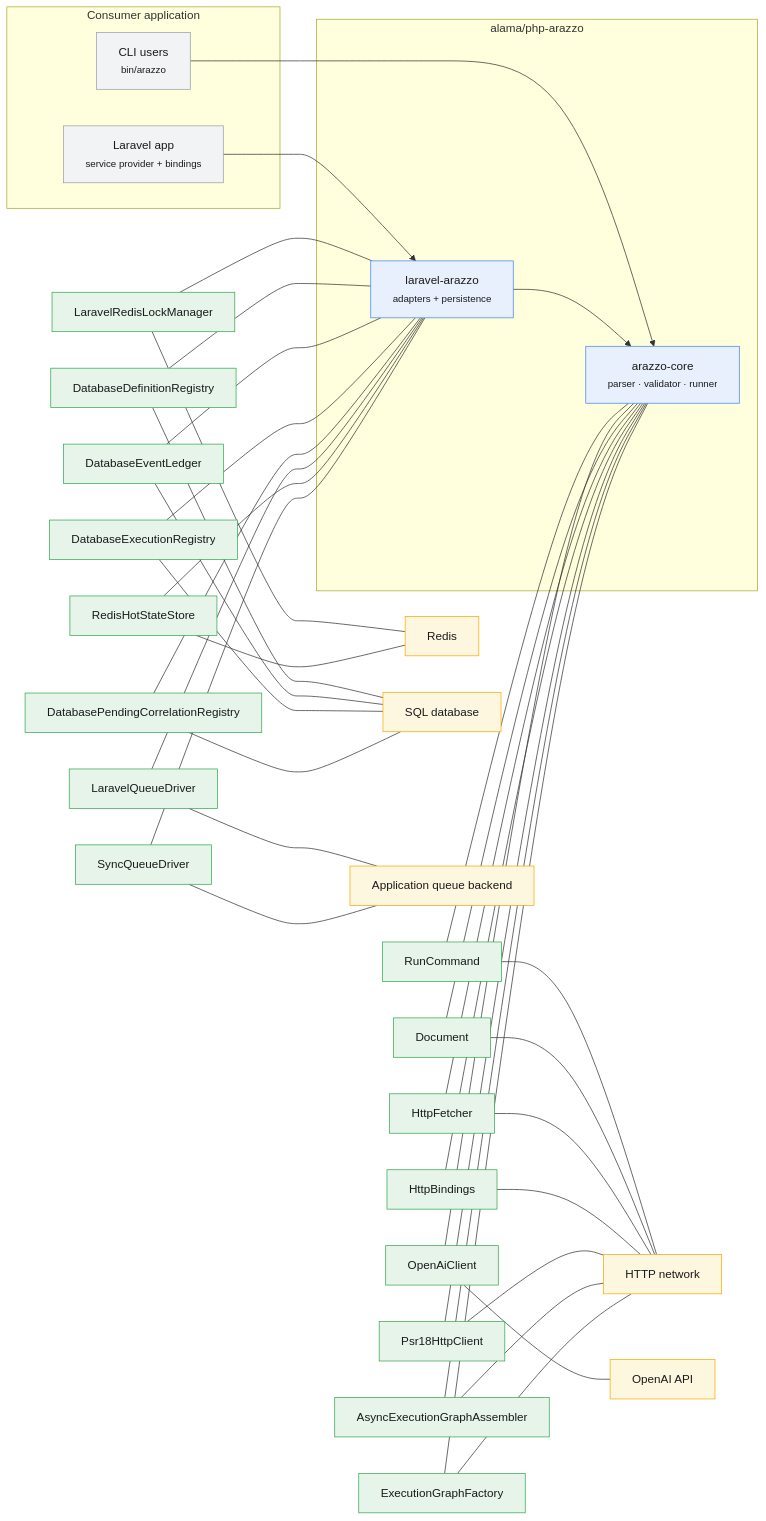
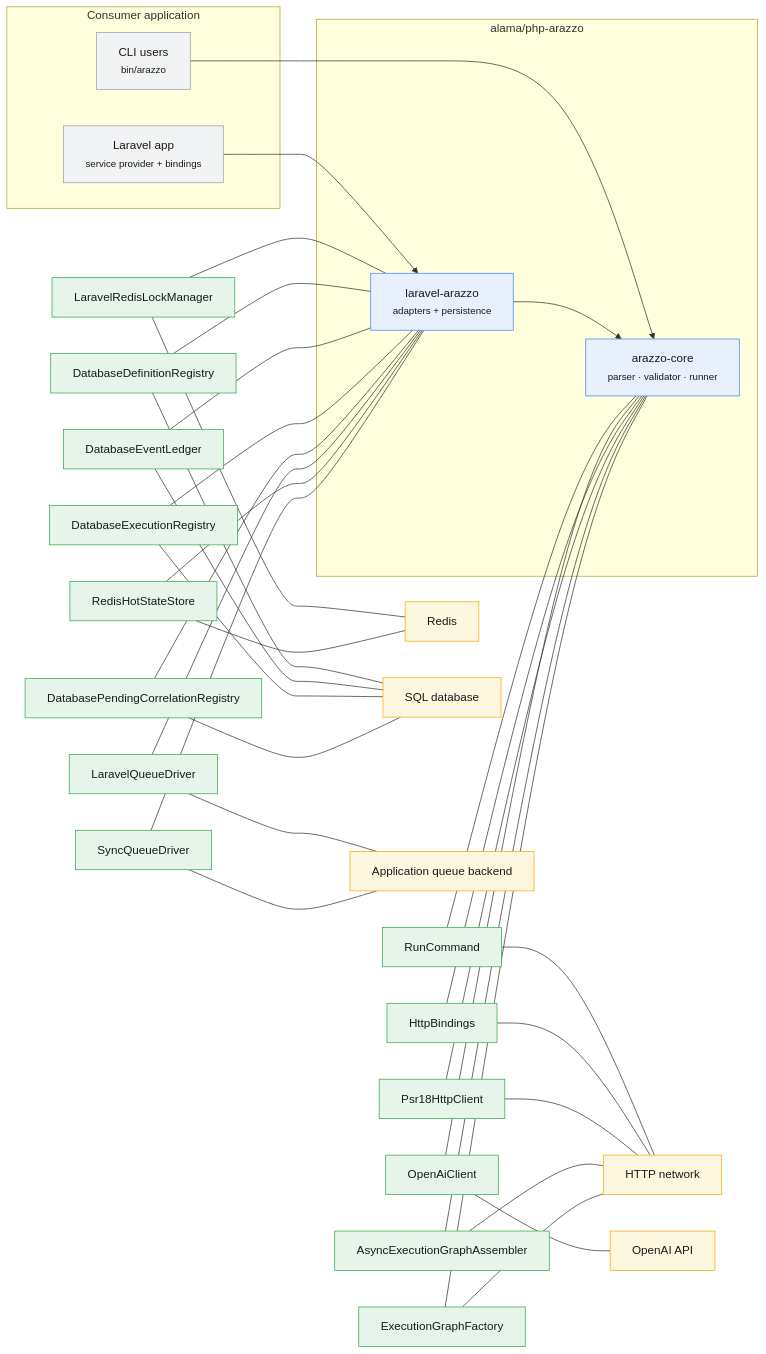
One commit to Mohammed-Alama/php-arazzo changed the diagram in docs/generated/integration-context.md. Above: the diagram before and after it, drawn with Mermaid. The commit also changed 138 other files, not shown here.

First line of the commit message:
refactor(sources): move Normalizer, Resolver and Document into arazzo-sources

````diff
--- a/docs/generated/integration-context.md
+++ b/docs/generated/integration-context.md
@@ -12,71 +12,65 @@
 ```mermaid
 flowchart LR
     subgraph Host["Consumer application"]
         LARAVEL["Laravel app<br/><small>service provider + bindings</small>"]:::host
         CLI["CLI users<br/><small>bin/arazzo</small>"]:::host
     end
     subgraph Package["alama/php-arazzo"]
         CORE["arazzo-core<br/><small>parser · validator · runner</small>"]:::package
         BRIDGE["laravel-arazzo<br/><small>adapters + persistence</small>"]:::package
         CLI --> CORE
         LARAVEL --> BRIDGE
         BRIDGE --> CORE
     end
         A_Alama_Arazzo_Laravel_Lock_LaravelRedisLockManager["LaravelRedisLockManager"]:::adapter
         A_Alama_Arazzo_Laravel_Lock_LaravelRedisLockManager --- BRIDGE
         A_Alama_Arazzo_Laravel_Lock_LaravelRedisLockManager --- redis
         A_Alama_Arazzo_Laravel_Persistence_DatabaseDefinitionRegistry["DatabaseDefinitionRegistry"]:::adapter
         A_Alama_Arazzo_Laravel_Persistence_DatabaseDefinitionRegistry --- BRIDGE
         A_Alama_Arazzo_Laravel_Persistence_DatabaseDefinitionRegistry --- sql
         A_Alama_Arazzo_Laravel_Persistence_DatabaseEventLedger["DatabaseEventLedger"]:::adapter
         A_Alama_Arazzo_Laravel_Persistence_DatabaseEventLedger --- BRIDGE
         A_Alama_Arazzo_Laravel_Persistence_DatabaseEventLedger --- sql
         A_Alama_Arazzo_Laravel_Persistence_DatabaseExecutionRegistry["DatabaseExecutionRegistry"]:::adapter
         A_Alama_Arazzo_Laravel_Persistence_DatabaseExecutionRegistry --- BRIDGE
         A_Alama_Arazzo_Laravel_Persistence_DatabaseExecutionRegistry --- sql
         A_Alama_Arazzo_Laravel_Persistence_DatabasePendingCorrelationRegistry["DatabasePendingCorrelationRegistry"]:::adapter
         A_Alama_Arazzo_Laravel_Persistence_DatabasePendingCorrelationRegistry --- BRIDGE
         A_Alama_Arazzo_Laravel_Persistence_DatabasePendingCorrelationRegistry --- sql
         A_Alama_Arazzo_Laravel_Queue_LaravelQueueDriver["LaravelQueueDriver"]:::adapter
         A_Alama_Arazzo_Laravel_Queue_LaravelQueueDriver --- BRIDGE
         A_Alama_Arazzo_Laravel_Queue_LaravelQueueDriver --- queue
         A_Alama_Arazzo_Laravel_State_RedisHotStateStore["RedisHotStateStore"]:::adapter
         A_Alama_Arazzo_Laravel_State_RedisHotStateStore --- BRIDGE
         A_Alama_Arazzo_Laravel_State_RedisHotStateStore --- redis
         A_Alama_Arazzo_Runner_Execution_SyncQueueDriver["SyncQueueDriver"]:::adapter
         A_Alama_Arazzo_Runner_Execution_SyncQueueDriver --- BRIDGE
         A_Alama_Arazzo_Runner_Execution_SyncQueueDriver --- queue
         A_Alama_Arazzo_Cli_Console_Command_RunCommand["RunCommand"]:::adapter
         A_Alama_Arazzo_Cli_Console_Command_RunCommand --- CORE
         A_Alama_Arazzo_Cli_Console_Command_RunCommand --- net
         A_Alama_Arazzo_Cli_Generator_Clients_OpenAiClient["OpenAiClient"]:::adapter
         A_Alama_Arazzo_Cli_Generator_Clients_OpenAiClient --- CORE
         A_Alama_Arazzo_Cli_Generator_Clients_OpenAiClient --- openai
-        A_Alama_Arazzo_Document_Document["Document"]:::adapter
-        A_Alama_Arazzo_Document_Document --- CORE
-        A_Alama_Arazzo_Document_Document --- net
-        A_Alama_Arazzo_Document_Resolver_Fetchers_HttpFetcher["HttpFetcher"]:::adapter
-        A_Alama_Arazzo_Document_Resolver_Fetchers_HttpFetcher --- CORE
-        A_Alama_Arazzo_Document_Resolver_Fetchers_HttpFetcher --- net
         A_Alama_Arazzo_Laravel_Bindings_HttpBindings["HttpBindings"]:::adapter
         A_Alama_Arazzo_Laravel_Bindings_HttpBindings --- CORE
         A_Alama_Arazzo_Laravel_Bindings_HttpBindings --- net
         A_Alama_Arazzo_Laravel_Http_Psr18HttpClient["Psr18HttpClient"]:::adapter
         A_Alama_Arazzo_Laravel_Http_Psr18HttpClient --- CORE
         A_Alama_Arazzo_Laravel_Http_Psr18HttpClient --- net
         A_Alama_Arazzo_Runner_Execution_AsyncExecutionGraphAssembler["AsyncExecutionGraphAssembler"]:::adapter
         A_Alama_Arazzo_Runner_Execution_AsyncExecutionGraphAssembler --- CORE
         A_Alama_Arazzo_Runner_Execution_AsyncExecutionGraphAssembler --- net
         A_Alama_Arazzo_Runner_Execution_ExecutionGraphFactory["ExecutionGraphFactory"]:::adapter
         A_Alama_Arazzo_Runner_Execution_ExecutionGraphFactory --- CORE
         A_Alama_Arazzo_Runner_Execution_ExecutionGraphFactory --- net
     net["HTTP network"]:::system
     openai["OpenAI API"]:::system
     queue["Application queue backend"]:::system
     redis["Redis"]:::system
     sql["SQL database"]:::system
     classDef host fill:#f1f3f4,stroke:#9aa0a6,color:#1a1a1a;
     classDef package fill:#e8f0fe,stroke:#4285f4,color:#1a1a1a;
     classDef adapter fill:#e6f4ea,stroke:#34a853,color:#1a1a1a;
     classDef system fill:#fef7e0,stroke:#f9ab00,color:#1a1a1a;
 ```
````
